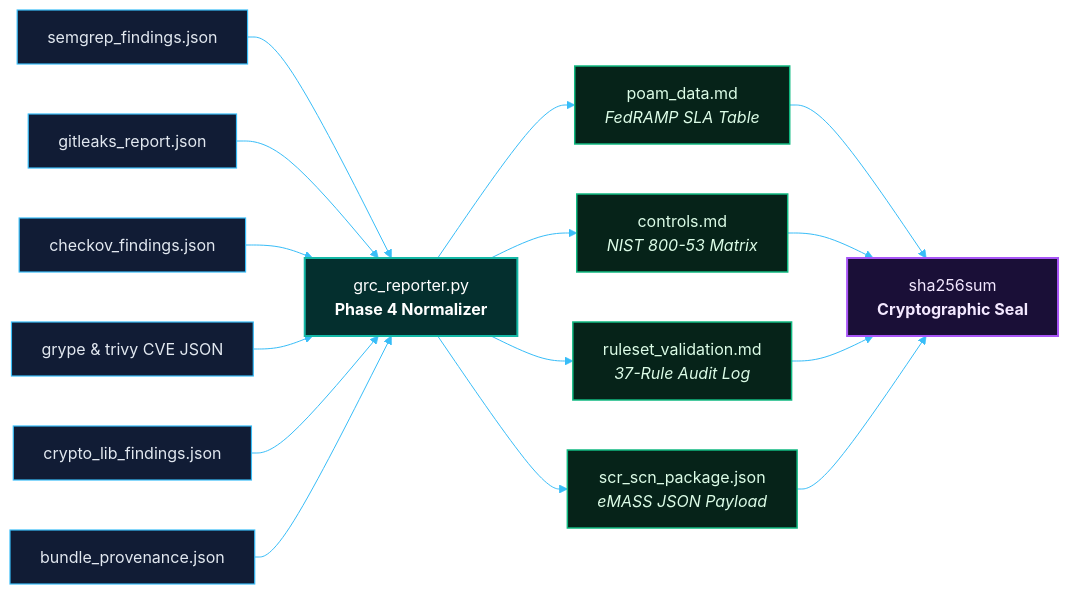
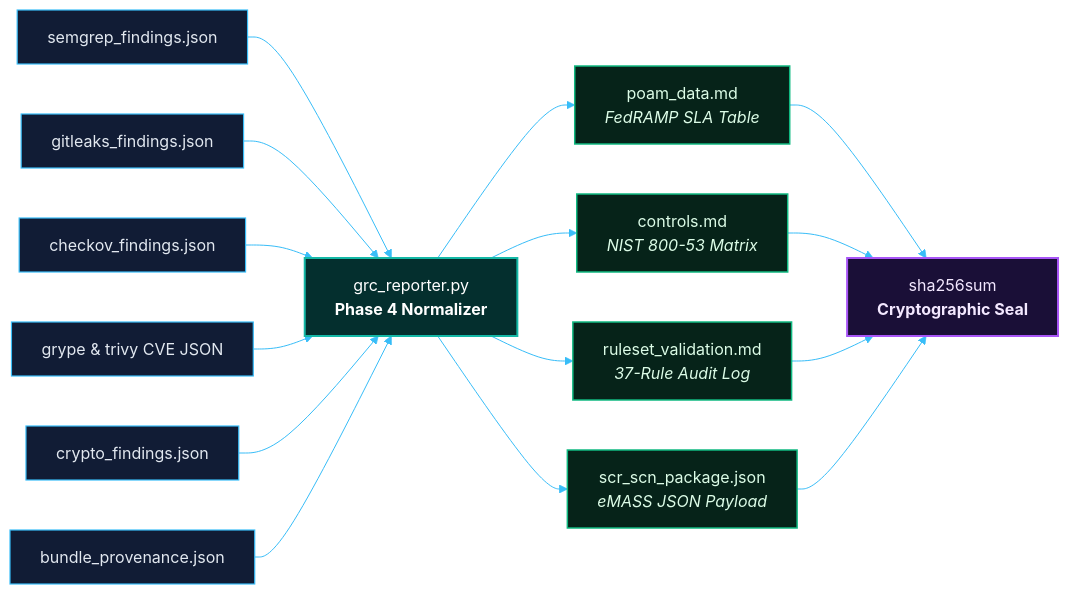
One commit to eodartintlabs-hue/grc-xmini-public changed the diagram in amplifying-info/DATAFLOW.md. Above: the diagram before and after it, drawn with Mermaid. The commit also changed other lines of this file and 50 other files, not shown here.

````diff
--- a/amplifying-info/DATAFLOW.md
+++ b/amplifying-info/DATAFLOW.md
@@ -121,32 +121,32 @@
 ```mermaid
 %%{init: {
   'theme': 'base',
   'themeVariables': {
     'darkMode': true,
     'background': '#070a12',
     'primaryColor': '#0f172a',
     'primaryTextColor': '#f8fafc',
     'primaryBorderColor': '#38bdf8',
     'lineColor': '#38bdf8',
     'fontFamily': 'system-ui, -apple-system, sans-serif'
   }
 }}%%
 flowchart LR
     classDef raw fill:#111c35,stroke:#38bdf8,stroke-width:1.2px,color:#e2e8f0;
     classDef engine fill:#042f2e,stroke:#14b8a6,stroke-width:2px,color:#ffffff;
     classDef out fill:#062319,stroke:#10b981,stroke-width:1.5px,color:#dcfce7;
     classDef seal fill:#1a0f37,stroke:#a855f7,stroke-width:2px,color:#f3e8ff;
 
     S1["semgrep_findings.json"]:::raw --> R["grc_reporter.py<br/><b>Phase 4 Normalizer</b>"]:::engine
-    S2["gitleaks_report.json"]:::raw --> R
+    S2["gitleaks_findings.json"]:::raw --> R
     S3["checkov_findings.json"]:::raw --> R
     S4["grype &amp; trivy CVE JSON"]:::raw --> R
-    S5["crypto_lib_findings.json"]:::raw --> R
+    S5["crypto_findings.json"]:::raw --> R
     S6["bundle_provenance.json"]:::raw --> R
 
     R --> D1["poam_data.md<br/><i>FedRAMP SLA Table</i>"]:::out
     R --> D2["controls.md<br/><i>NIST 800-53 Matrix</i>"]:::out
     R --> D3["ruleset_validation.md<br/><i>37-Rule Audit Log</i>"]:::out
     R --> D4["scr_scn_package.json<br/><i>eMASS JSON Payload</i>"]:::out
     D1 & D2 & D3 & D4 --> S["sha256sum<br/><b>Cryptographic Seal</b>"]:::seal
 ```
````
